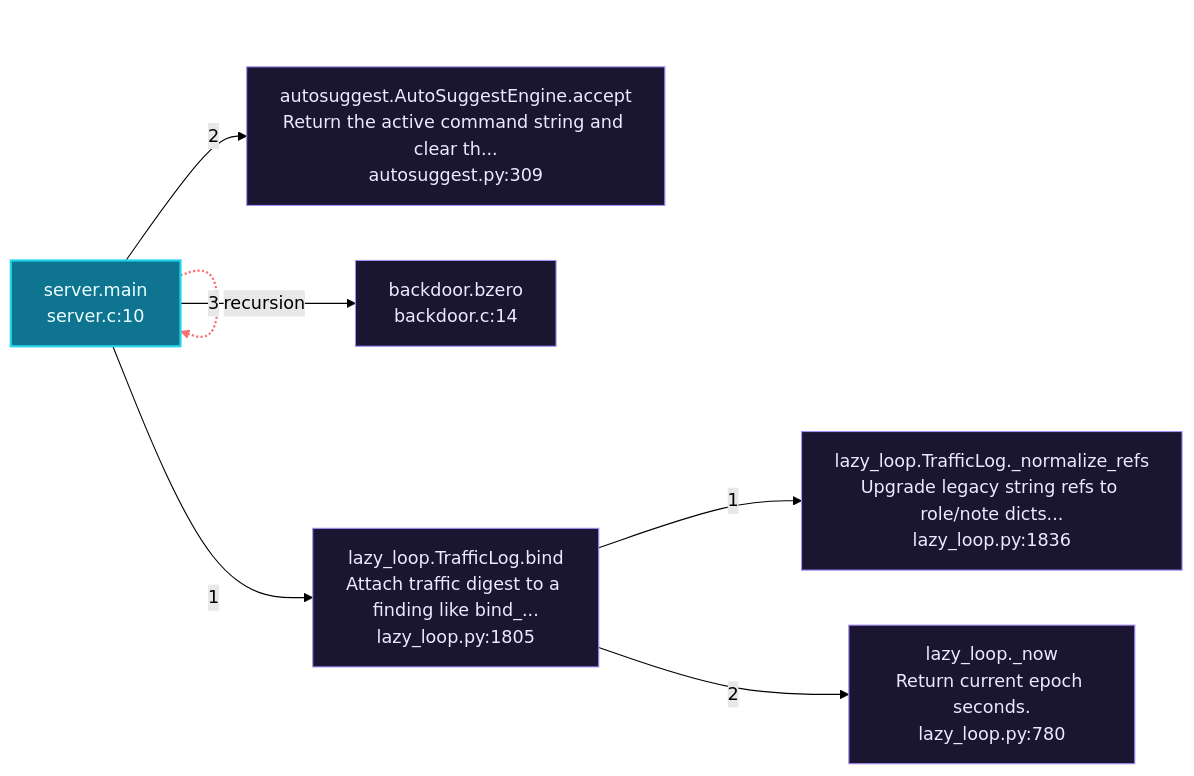
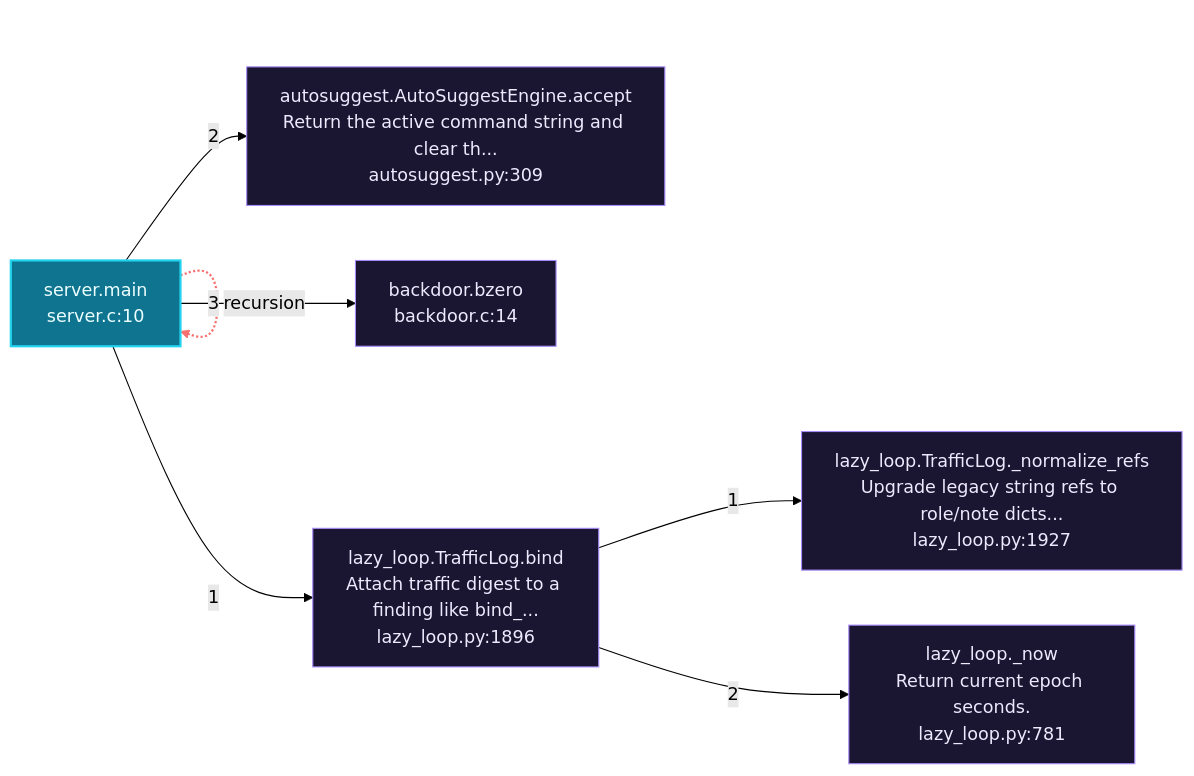
Before and after one commit to grisuno/LazyOwn: the second of 6 diagrams in readmenator-apidocs/architecture.md, drawn with Mermaid (forest theme). The commit also changed other lines of this file and 451 other files, not shown here.

````diff
--- a/readmenator-apidocs/architecture.md
+++ b/readmenator-apidocs/architecture.md
@@ -168,18 +175,18 @@
 ```mermaid
 flowchart LR
     classDef entry fill:#0e7490,stroke:#22d3ee,color:#ecfeff,stroke-width:2px;
     classDef external fill:#1a1530,stroke:#a78bfa,color:#ede9fe;
     n_modules_backdoor_server_c__main["server.main<br/>server.c:10"]:::entry
-    n_modules_lazy_loop_py__bind["lazy_loop.TrafficLog.bind<br/>Attach traffic digest to a finding like bind_...<br/>lazy_loop.py:1805"]:::external
-    n_modules_lazy_loop_py___normalize_refs["lazy_loop.TrafficLog._normalize_refs<br/>Upgrade legacy string refs to role/note dicts...<br/>lazy_loop.py:1836"]:::external
-    n_modules_lazy_loop_py___now["lazy_loop._now<br/>Return current epoch seconds.<br/>lazy_loop.py:780"]:::external
+    n_modules_lazy_loop_py__bind["lazy_loop.TrafficLog.bind<br/>Attach traffic digest to a finding like bind_...<br/>lazy_loop.py:1896"]:::external
+    n_modules_lazy_loop_py___normalize_refs["lazy_loop.TrafficLog._normalize_refs<br/>Upgrade legacy string refs to role/note dicts...<br/>lazy_loop.py:1927"]:::external
+    n_modules_lazy_loop_py___now["lazy_loop._now<br/>Return current epoch seconds.<br/>lazy_loop.py:781"]:::external
     n_cli_autosuggest_py__accept["autosuggest.AutoSuggestEngine.accept<br/>Return the active command string and clear th...<br/>autosuggest.py:309"]:::external
     n_modules_backdoor_backdoor_c__bzero["backdoor.bzero<br/>backdoor.c:14"]:::external
     n_modules_backdoor_server_c__main -.->|"recursion"| n_modules_backdoor_server_c__main
     n_modules_backdoor_server_c__main -->|"1"| n_modules_lazy_loop_py__bind
     n_modules_lazy_loop_py__bind -->|"1"| n_modules_lazy_loop_py___normalize_refs
     n_modules_lazy_loop_py__bind -->|"2"| n_modules_lazy_loop_py___now
     n_modules_backdoor_server_c__main -->|"2"| n_cli_autosuggest_py__accept
     n_modules_backdoor_server_c__main -->|"3"| n_modules_backdoor_backdoor_c__bzero
     linkStyle 0 stroke:#f87171,stroke-width:2px;
 ```
````
